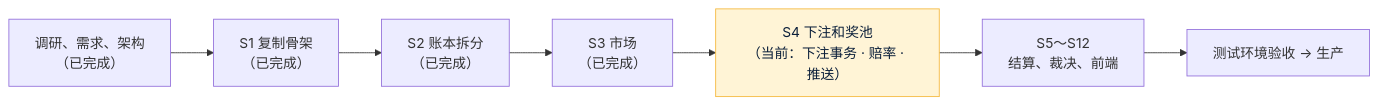
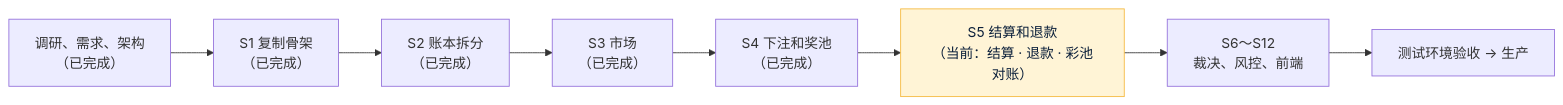
One commit to dollar3651314/forecast changed the diagram in 项目地图.md. Above: the diagram before and after it, drawn with Mermaid. The commit also changed other lines of this file and 5 other files, not shown here.

First line of the commit message:
S5 文档：开发记录、项目地图 v0.11、项目索引 v0.11、架构方案 v1.1.1（AQ-3 已定 B、第 4.5 节 66.66）、入口文件

````diff
--- a/项目地图.md
+++ b/项目地图.md
@@ -11,5 +11,5 @@
 ```mermaid
 flowchart LR
-    R["调研、需求、架构<br/>（已完成）"] --> S1["S1 复制骨架<br/>（已完成）"] --> S2["S2 账本拆分<br/>（已完成）"] --> S3["S3 市场<br/>（已完成）"] --> S4["S4 下注和奖池<br/>（当前：下注事务 · 赔率 · 推送）"]:::now --> S5["S5～S12<br/>结算、裁决、前端"] --> T["测试环境验收 → 生产"]
+    R["调研、需求、架构<br/>（已完成）"] --> S1["S1 复制骨架<br/>（已完成）"] --> S2["S2 账本拆分<br/>（已完成）"] --> S3["S3 市场<br/>（已完成）"] --> S4["S4 下注和奖池<br/>（已完成）"] --> S5["S5 结算和退款<br/>（当前：结算 · 退款 · 彩池对账）"]:::now --> S6["S6～S12<br/>裁决、风控、前端"] --> T["测试环境验收 → 生产"]
     classDef now fill:#FFF4D6,stroke:#F5B83D,color:#0B1F3A
 ```
````
